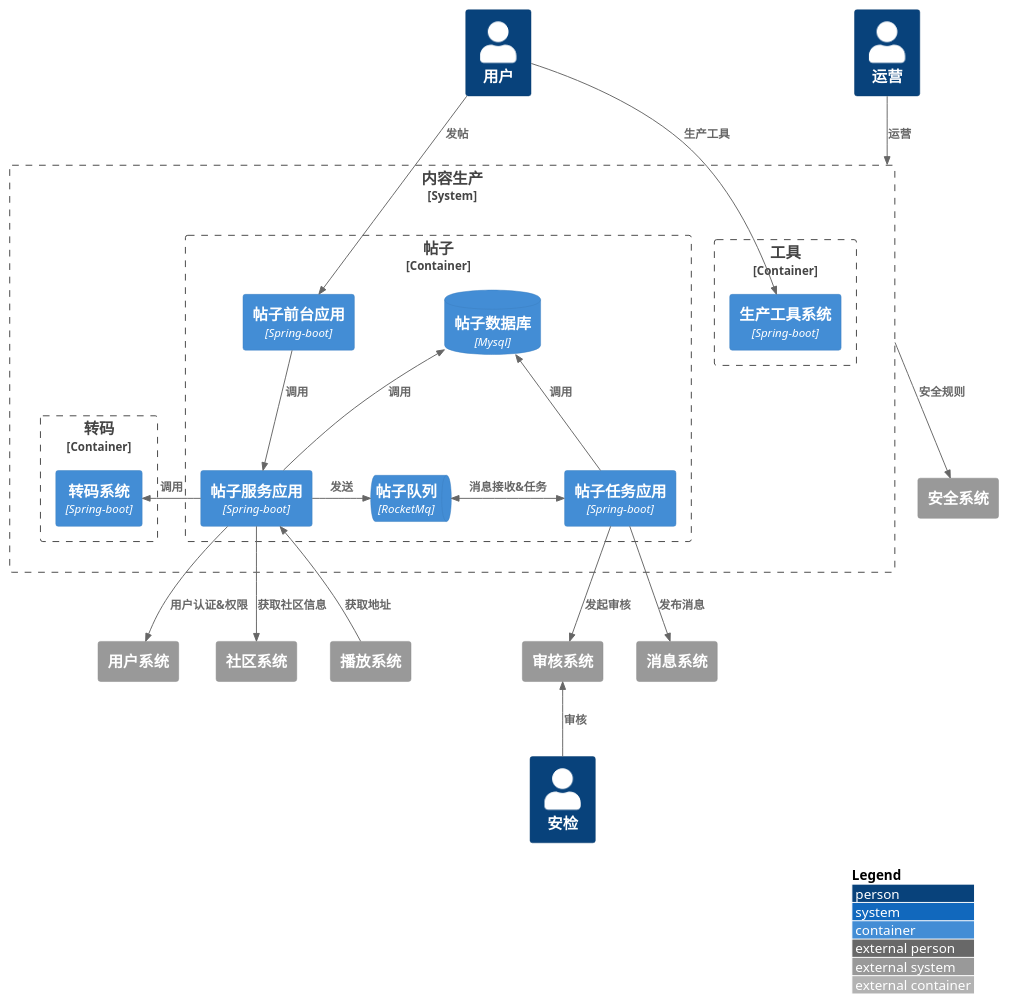
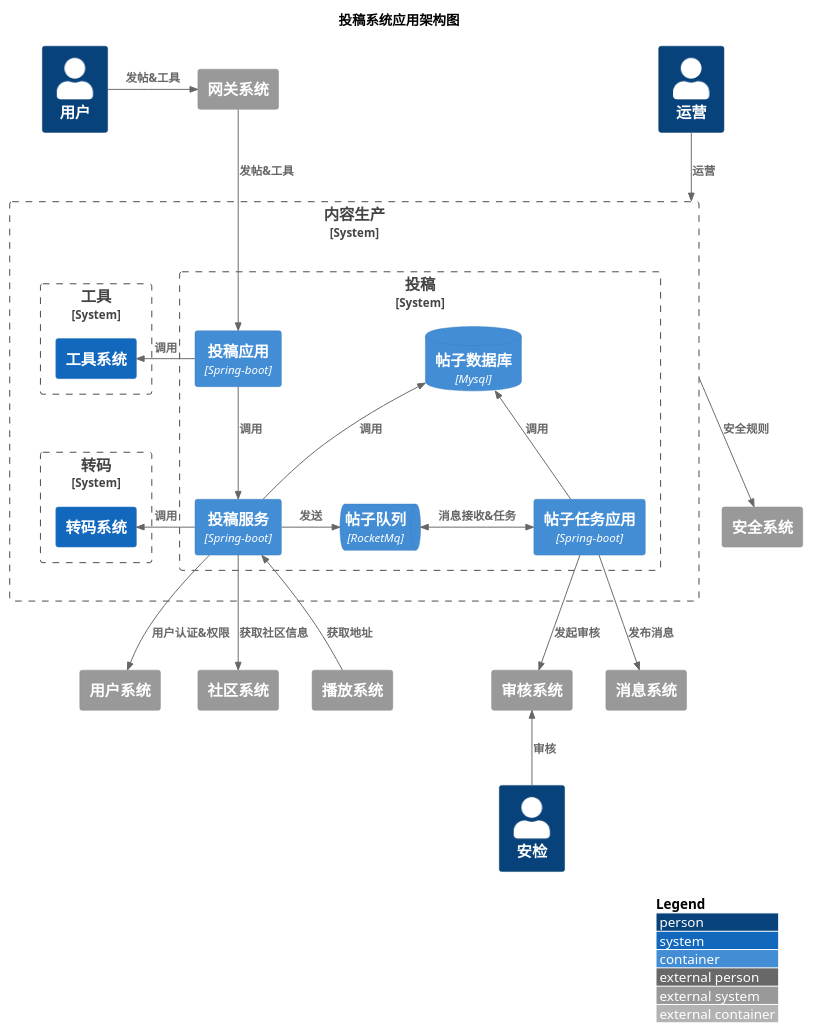
The diagram in puml/content/content/container.puml (nxnnxn/community-doc), drawn with PlantUML before and after one commit. The commit also changed 3 other files, not shown here.

```diff
--- a/puml/content/content/container.puml
+++ b/puml/content/content/container.puml
@@ -1,58 +1,60 @@
 @startuml
 !include <C4/C4_Container>
 LAYOUT_WITH_LEGEND()
+
+title 投稿系统应用架构图
 
 Person(user, "用户")
 Person(user1, "运营")
 Person(user2, "安检")
 
 System_Boundary(contentProduction, "内容生产"){
-    Container_Boundary(postBoundary, "帖子") {
-          Container(postFacade, "帖子前台应用","Spring-boot")
-          Container(postService, "帖子服务应用","Spring-boot")
+    System_Boundary(postBoundary, "投稿") {
+          Container(postFacade, "投稿应用","Spring-boot")
+          Container(postService, "投稿服务","Spring-boot")
           Container(postJob, "帖子任务应用","Spring-boot")
           ContainerDb(postDatabase, "帖子数据库", "Mysql")
           ContainerQueue(postQueue, "帖子队列", "RocketMq")
           Rel(postFacade, postService, "调用")
           Rel_U(postService, postDatabase, "调用")
           Rel_U(postJob, postDatabase, "调用")
           Rel_R(postService,postQueue, "发送")
           BiRel_R(postQueue,postJob, "消息接收&任务")
     }
-     Container_Boundary(transcodeBoundary, "转码") {
-           Container(transcode, "转码系统","Spring-boot")
-     }
-    Container_Boundary(postToolBoundary, "工具") {
-         Container(postTool, "生产工具系统","Spring-boot")
+    System_Boundary(transcodeBoundary, "转码") {
+           System(transcode, "转码系统")
+    }
+    System_Boundary(postToolBoundary, "工具") {
+          System(postTool, "工具系统")
     }
     Rel_L(postService, transcode, "调用")
-
+    Rel_L(postFacade, postTool, "调用")
 }
 
 System_Ext(security,"安全系统")
 System_Ext(userSystem,"用户系统")
 System_Ext(community, "社区系统")
 System_Ext(audit, "审核系统")
 System_Ext(message, "消息系统")
 System_Ext(play, "播放系统")
+System_Ext(gateway,"网关系统")
 
-
-Rel(user, postFacade, "发帖")
-Rel(user, postTool, "生产工具")
+Rel_R(user, gateway, "发帖&工具")
+Rel(gateway, postFacade, "发帖&工具")
 Rel(user1,contentProduction, "运营")
 
 Rel(contentProduction, security, "安全规则")
 Rel(postService, userSystem, "用户认证&权限")
 Rel(postService, community, "获取社区信息")
 Rel(postJob, message, "发布消息")
 Rel(postJob, audit, "发起审核")
 Rel_U(play, postService, "获取地址")
 Rel_U(user2, audit, "审核")
 
 
 
 
 
 
 
 @enduml
```
